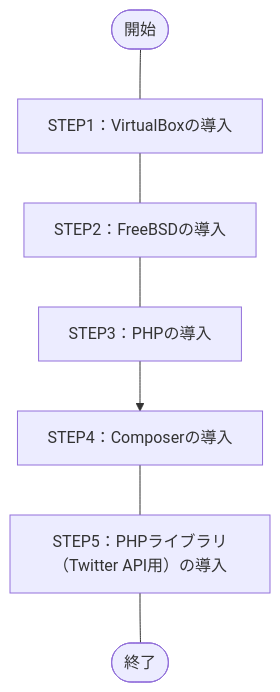
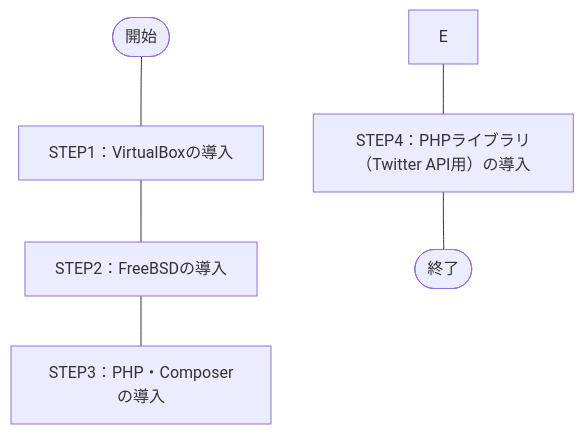
Before and after one commit to akiGAMEBOY/haretokidoki_zn: the diagram in articles/80088a8d553b58.md, drawn with Mermaid. The commit also changed other lines of this file and 1 other file, not shown here.

````diff
--- a/articles/80088a8d553b58.md
+++ b/articles/80088a8d553b58.md
@@ -26,9 +26,8 @@
 ```mermaid
 flowchart TB
     A(["開始"]) --- B["STEP1：VirtualBoxの導入"]
     B --- C["STEP2：FreeBSDの導入"]
-    C --- D["STEP3：PHPの導入"]
-    D --> E["STEP4：Composerの導入"]
-    E --- F["STEP5：PHPライブラリ（Twitter API用）の導入"]
+    C --- D["STEP3：PHP・Composerの導入"]
+    E --- F["STEP4：PHPライブラリ（Twitter API用）の導入"]
     F --- G(["終了"])
 ```
````
